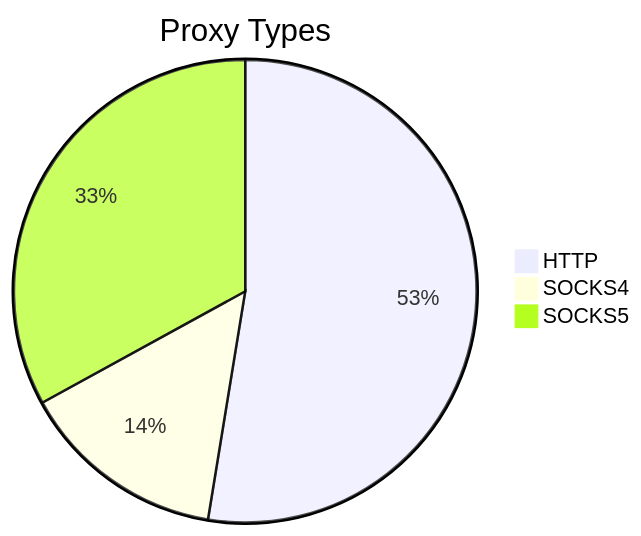
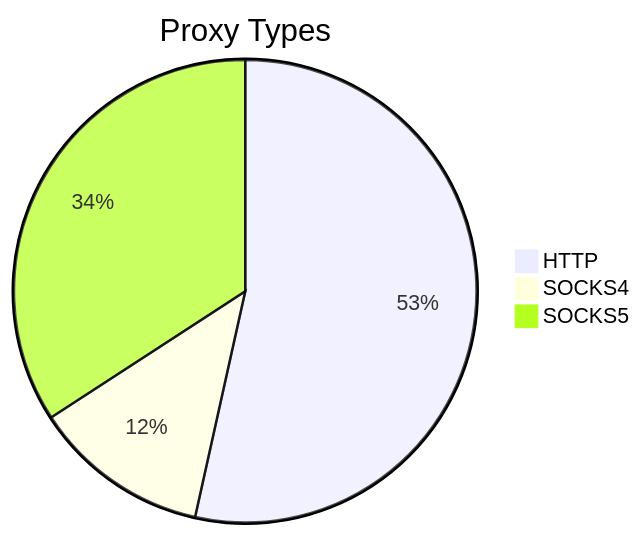
One commit to stormsia/proxy-list changed the first of 2 diagrams in README.md. Above: the diagram before and after it, drawn with Mermaid. The commit also changed other lines of this file, not shown here.

````diff
--- a/README.md
+++ b/README.md
@@ -21,6 +21,6 @@
 ```mermaid
 pie title Proxy Types
-    "HTTP" : 153
-    "SOCKS4" : 42
-    "SOCKS5" : 96
+    "HTTP" : 169
+    "SOCKS4" : 39
+    "SOCKS5" : 108
 ```
````
